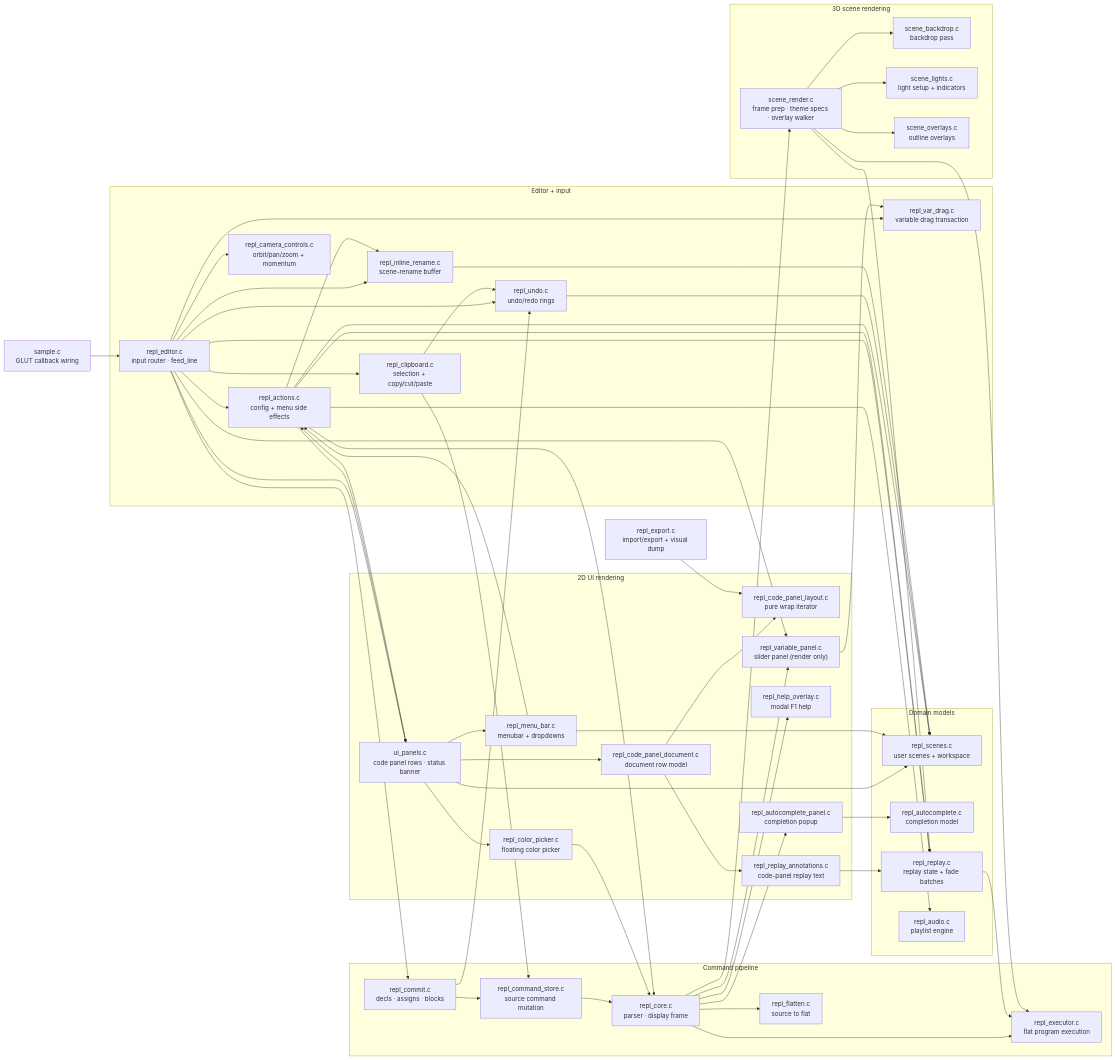
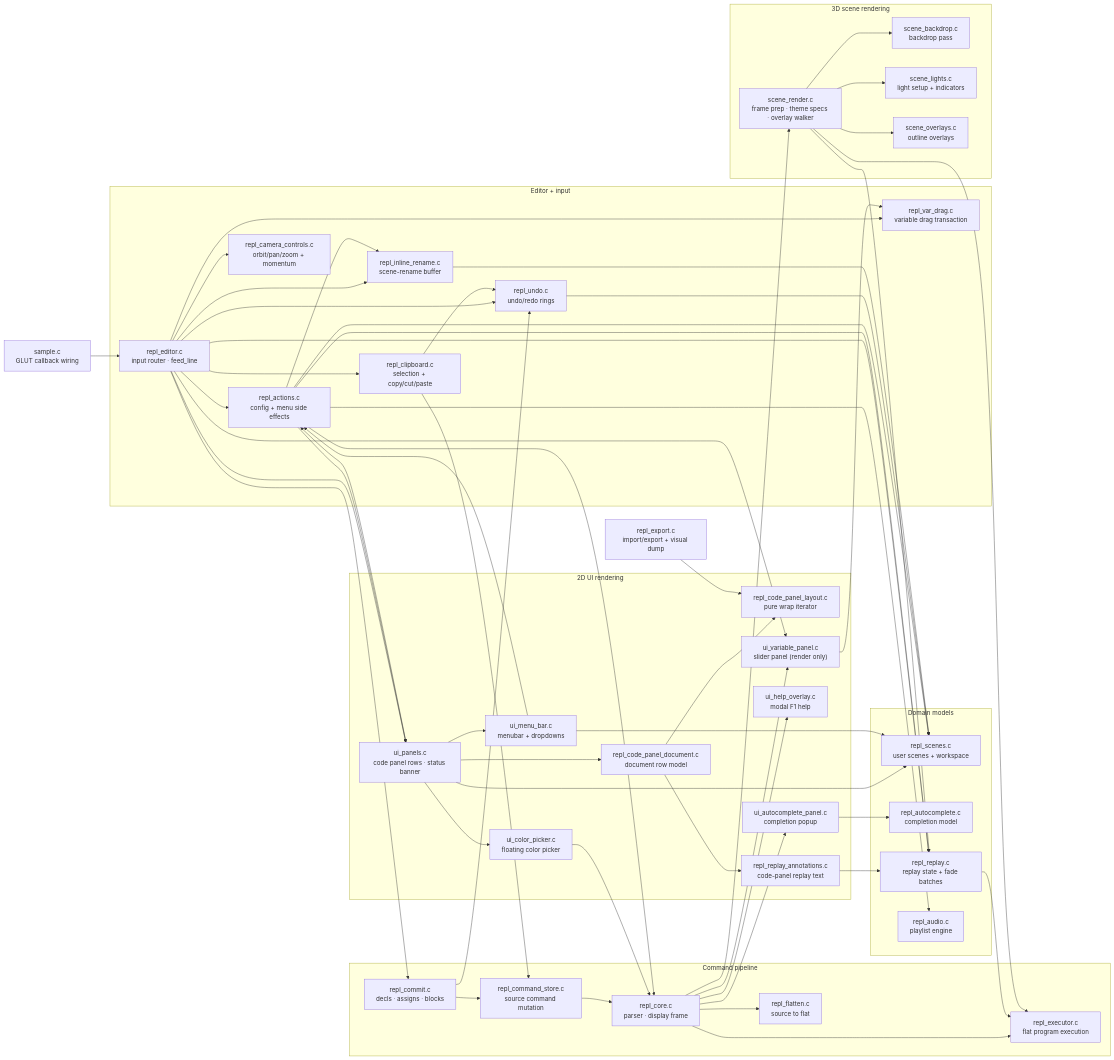
One commit to drewwoods/gl-repl changed the diagram in REPL_REFACTOR_MAP.md. Above: the diagram before and after it, drawn with Mermaid. The commit also changed other lines of this file and 27 other files, not shown here.

```diff
--- a/REPL_REFACTOR_MAP.md
+++ b/REPL_REFACTOR_MAP.md
@@ -43,11 +43,11 @@
         layout["repl_code_panel_layout.c<br/>pure wrap iterator"]
         docrows["repl_code_panel_document.c<br/>document row model"]
         replay_ann["repl_replay_annotations.c<br/>code-panel replay text"]
-        menu["repl_menu_bar.c<br/>menubar + dropdowns"]
-        color["repl_color_picker.c<br/>floating color picker"]
-        help["repl_help_overlay.c<br/>modal F1 help"]
-        varpanel["repl_variable_panel.c<br/>slider panel (render only)"]
-        acpanel["repl_autocomplete_panel.c<br/>completion popup"]
+        menu["ui_menu_bar.c<br/>menubar + dropdowns"]
+        color["ui_color_picker.c<br/>floating color picker"]
+        help["ui_help_overlay.c<br/>modal F1 help"]
+        varpanel["ui_variable_panel.c<br/>slider panel (render only)"]
+        acpanel["ui_autocomplete_panel.c<br/>completion popup"]
     end
 
     subgraph scene_layer["3D scene rendering"]
```
